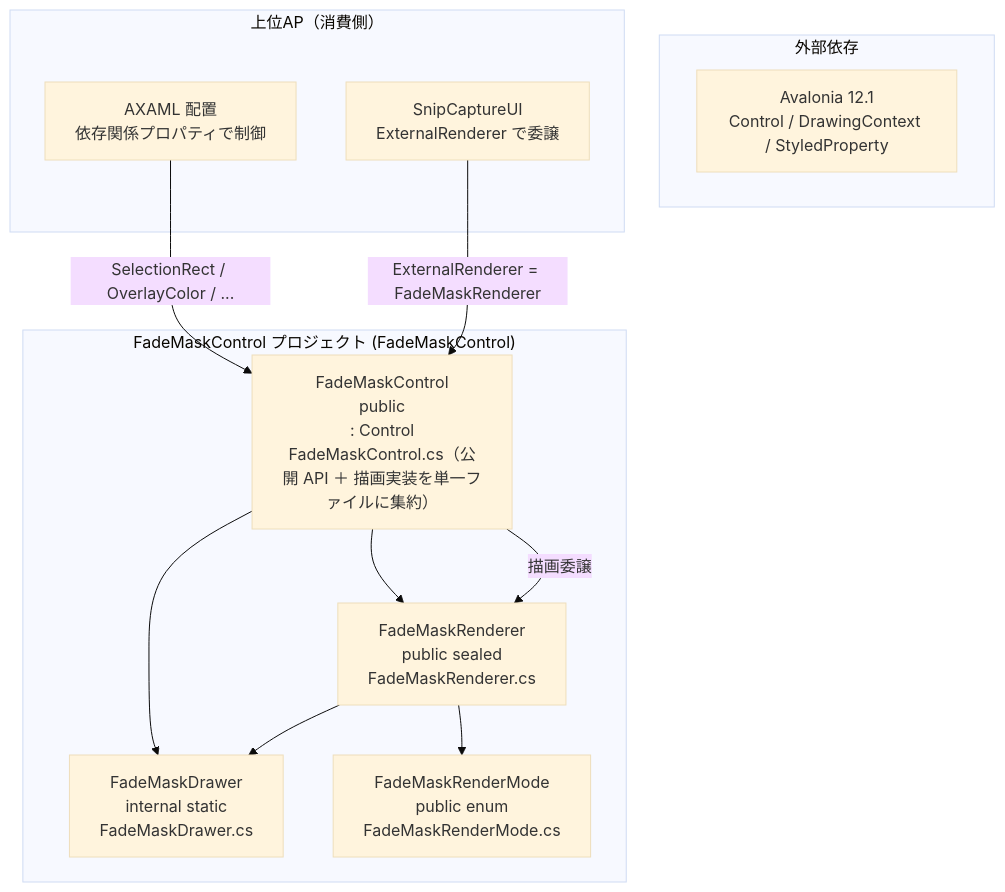
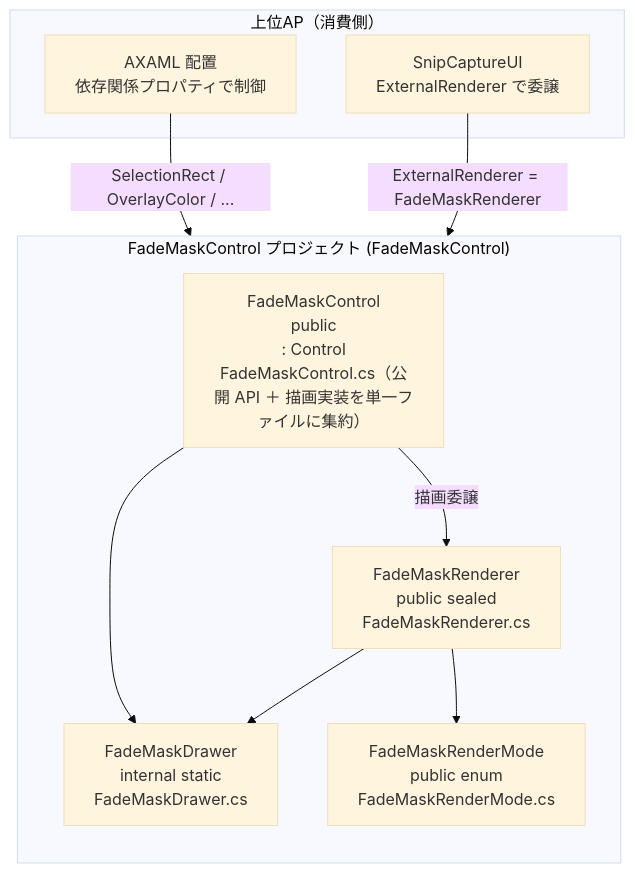
One commit to tomokuni/SaveEvidence changed the first of 2 diagrams in src/FadeMaskControl/SPEC_System.md. Above: the diagram before and after it, drawn with Mermaid (base theme). The commit also changed other lines of this file and 50 other files, not shown here.

````diff
--- a/src/FadeMaskControl/SPEC_System.md
+++ b/src/FadeMaskControl/SPEC_System.md
@@ -74,24 +76,21 @@
 ```mermaid
 flowchart TB
-    subgraph FMC["FadeMaskControl プロジェクト (FadeMaskControl)"]
-        Ctl["FadeMaskControl<br/>public<br/>: Control<br/>FadeMaskControl.cs（公開 API ＋ 描画実装を単一ファイルに集約）"]
-        Drawer["FadeMaskDrawer<br/>internal static<br/>FadeMaskDrawer.cs"]
-        Rnd["FadeMaskRenderer<br/>public sealed<br/>FadeMaskRenderer.cs"]
-        Mode["FadeMaskRenderMode<br/>public enum<br/>FadeMaskRenderMode.cs"]
-    end
-    subgraph Dep["外部依存"]
-        Av["Avalonia 12.1<br/>Control / DrawingContext / StyledProperty"]
-    end
     subgraph Host["上位AP（消費側）"]
         UI["AXAML 配置<br/>依存関係プロパティで制御"]
         Snip["SnipCaptureUI<br/>ExternalRenderer で委譲"]
     end
+    subgraph FMC["FadeMaskControl プロジェクト (FadeMaskControl)"]
+        direction TB
+        Ctl["FadeMaskControl<br/>public<br/>: Control<br/>FadeMaskControl.cs（公開 API ＋ 描画実装を単一ファイルに集約）"]
+        Rnd["FadeMaskRenderer<br/>public sealed<br/>FadeMaskRenderer.cs"]
+        Drawer["FadeMaskDrawer<br/>internal static<br/>FadeMaskDrawer.cs"]
+        Mode["FadeMaskRenderMode<br/>public enum<br/>FadeMaskRenderMode.cs"]
+    end
 
-    Ctl --> Drawer
-    Ctl --> Rnd
-    Rnd --> Drawer
-    Rnd --> Mode
     UI -->|"SelectionRect / OverlayColor / ..."| Ctl
     Snip -->|"ExternalRenderer = FadeMaskRenderer"| Ctl
     Ctl -->|"描画委譲"| Rnd
+    Ctl --> Drawer
+    Rnd --> Drawer
+    Rnd --> Mode
 ```
````
